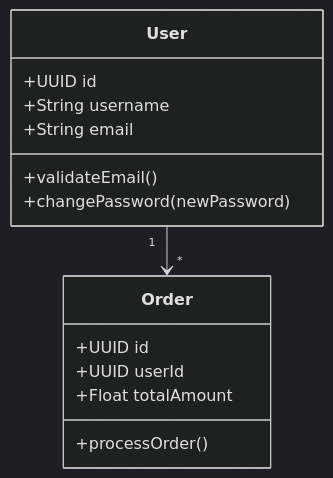
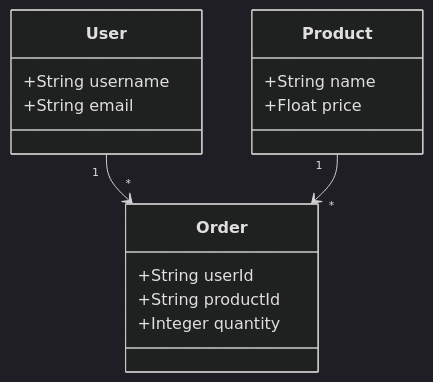
Before and after one commit to Folong-zidane/codeGenerator: the first of 2 diagrams in README.md, drawn with Mermaid (dark theme). The commit also changed other lines of this file and 85 other files, not shown here.

````diff
--- a/README.md
+++ b/README.md
@@ -69,19 +120,18 @@
 ```mermaid
 classDiagram
     class User {
-        +UUID id
         +String username
         +String email
-        +validateEmail()
-        +changePassword(newPassword)
     }
-    
+    class Product {
+        +String name
+        +Float price
+    }
     class Order {
-        +UUID id
-        +UUID userId
-        +Float totalAmount
-        +processOrder()
+        +String userId
+        +String productId
+        +Integer quantity
     }
-    
     User "1" --> "*" Order
+    Product "1" --> "*" Order
 ```
````
